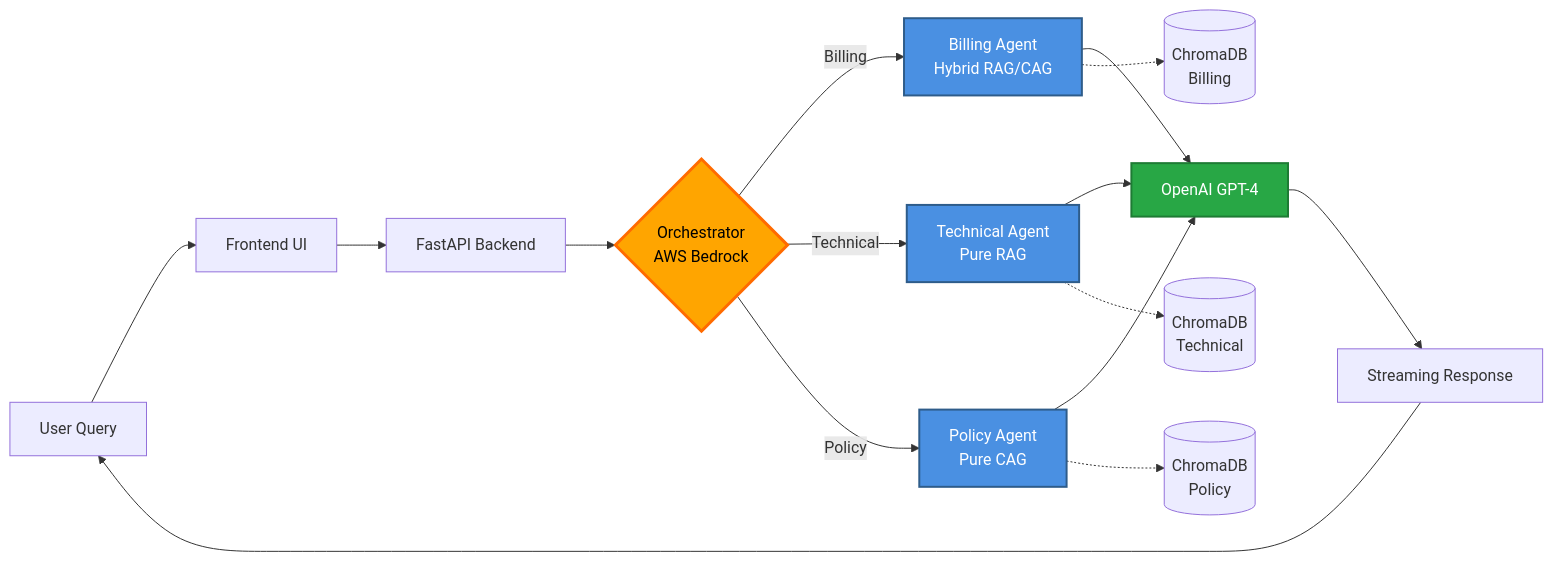
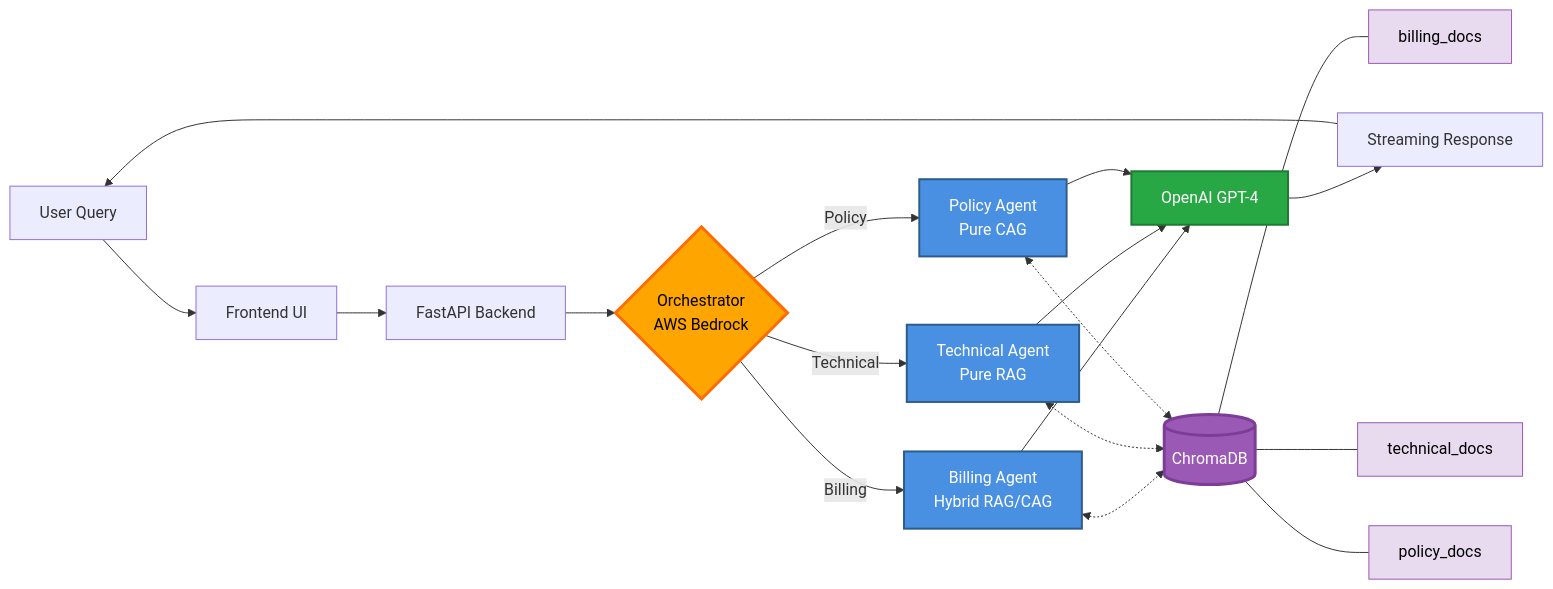
Before and after one commit to fly2safa/multi-agent-customer-service: the diagram in README.md, drawn with Mermaid.

Commit message:
docs: improve architecture diagram accuracy
- Show ChromaDB as single instance with three collections

- Previously showed three separate ChromaDB instances (incorrect)

- Add bidirectional arrows between agents and ChromaDB

- Accurately represents RAG retrieval: query â†’ search â†’ retrieve â†’ augment

- Add collection names: billing_docs, technical_docs, policy_docs

- Improved color coding for database vs collections

````diff
--- a/README.md
+++ b/README.md
@@ -18,24 +18,32 @@
 ```mermaid
 graph LR
     A[User Query] --> B[Frontend UI]
     B --> C[FastAPI Backend]
     C --> D{Orchestrator<br/>AWS Bedrock}
     D -->|Billing| E[Billing Agent<br/>Hybrid RAG/CAG]
     D -->|Technical| F[Technical Agent<br/>Pure RAG]
     D -->|Policy| G[Policy Agent<br/>Pure CAG]
     E --> H[OpenAI GPT-4]
     F --> H
     G --> H
     H --> I[Streaming Response]
     I --> A
     
-    E -.-> J[(ChromaDB<br/>Billing)]
-    F -.-> K[(ChromaDB<br/>Technical)]
-    G -.-> L[(ChromaDB<br/>Policy)]
+    E <-.-> J[(ChromaDB)]
+    F <-.-> J
+    G <-.-> J
+    
+    J --- K[billing_docs]
+    J --- L[technical_docs]
+    J --- M[policy_docs]
     
     style D fill:#FFA500,stroke:#FF6B00,stroke-width:3px,color:#000
     style E fill:#4A90E2,stroke:#2E5C8A,stroke-width:2px,color:#FFF
     style F fill:#4A90E2,stroke:#2E5C8A,stroke-width:2px,color:#FFF
     style G fill:#4A90E2,stroke:#2E5C8A,stroke-width:2px,color:#FFF
     style H fill:#28A745,stroke:#1E7B34,stroke-width:2px,color:#FFF
+    style J fill:#9B59B6,stroke:#7D3C98,stroke-width:3px,color:#FFF
+    style K fill:#E8DAEF,stroke:#9B59B6,stroke-width:1px,color:#000
+    style L fill:#E8DAEF,stroke:#9B59B6,stroke-width:1px,color:#000
+    style M fill:#E8DAEF,stroke:#9B59B6,stroke-width:1px,color:#000
 ```
````
